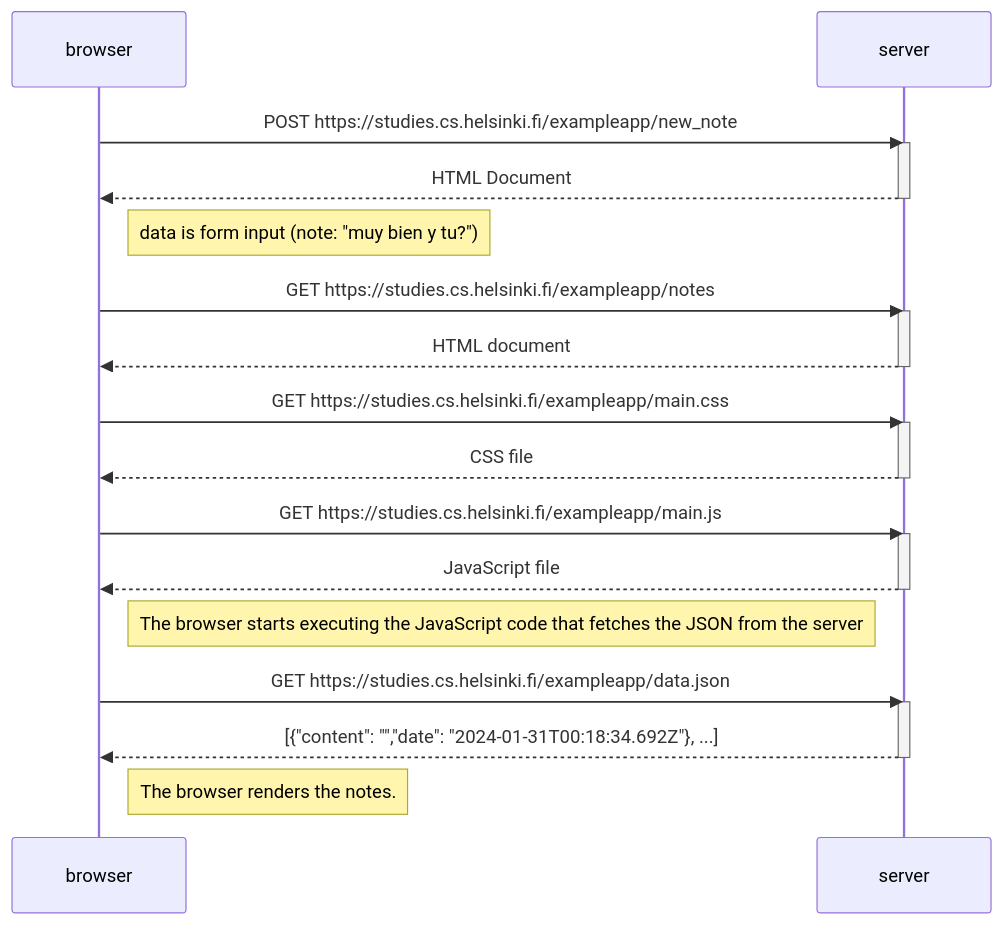
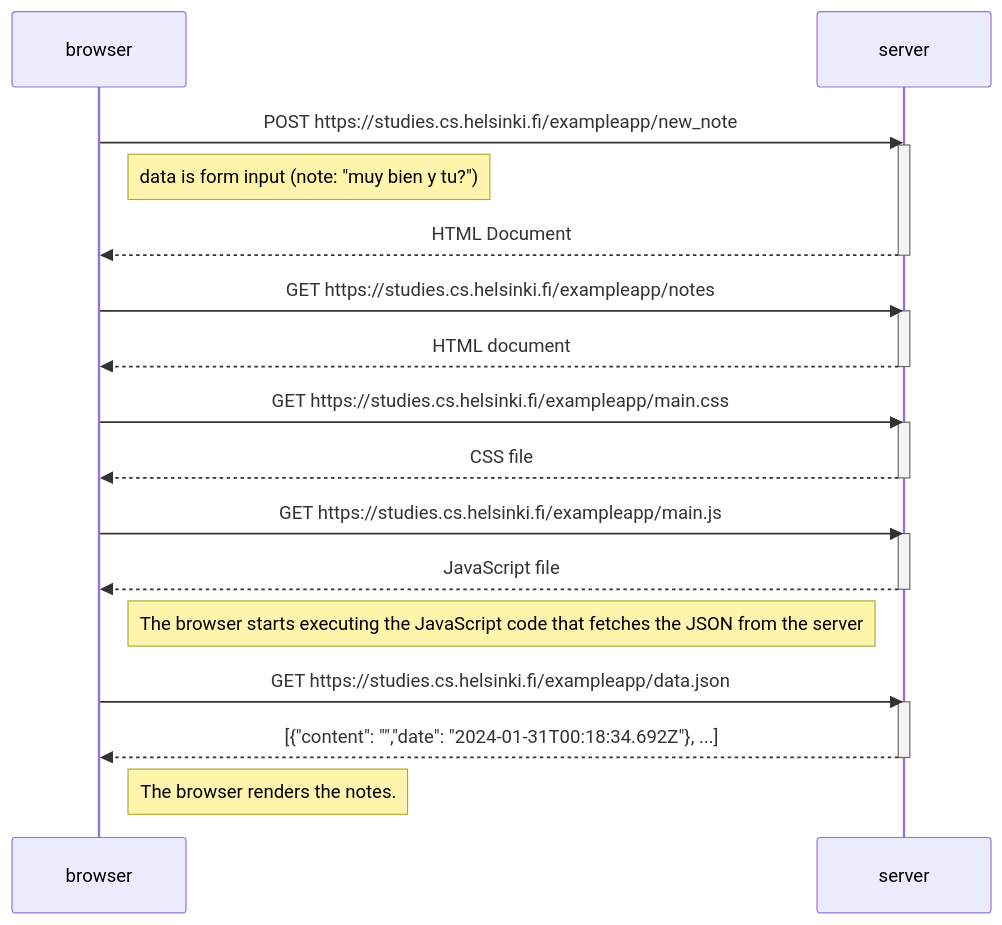
One commit to yasoo-exe/fullStackOpen changed the diagram in part0/0point4.md. Above: the diagram before and after it, drawn with Mermaid.

````diff
--- a/part0/0point4.md
+++ b/part0/0point4.md
@@ -4,37 +4,36 @@
  ```mermaid
  sequenceDiagram
     participant browser
     participant server
 
     browser->>server: POST https://studies.cs.helsinki.fi/exampleapp/new_note
     activate server
+    Note right of browser: data is form input (note: "muy bien y tu?")
     server-->>browser: HTML Document
     deactivate server
-
-    Note right of browser: data is form input (note: "muy bien y tu?")
 
     browser->>server: GET https://studies.cs.helsinki.fi/exampleapp/notes
     activate server
     server-->>browser: HTML document
     deactivate server
 
     browser->>server: GET https://studies.cs.helsinki.fi/exampleapp/main.css
     activate server
     server-->>browser: CSS file
     deactivate server
 
     browser->>server: GET https://studies.cs.helsinki.fi/exampleapp/main.js
     activate server
     server-->>browser: JavaScript file
     deactivate server
 
     Note right of browser: The browser starts executing the JavaScript code that fetches the JSON from the server
 
 
     browser->>server: GET https://studies.cs.helsinki.fi/exampleapp/data.json
     activate server
     server-->>browser: [{"content": "","date": "2024-01-31T00:18:34.692Z"}, ...]
     deactivate server
 
     Note right of browser: The browser renders the notes.
 ```
````
